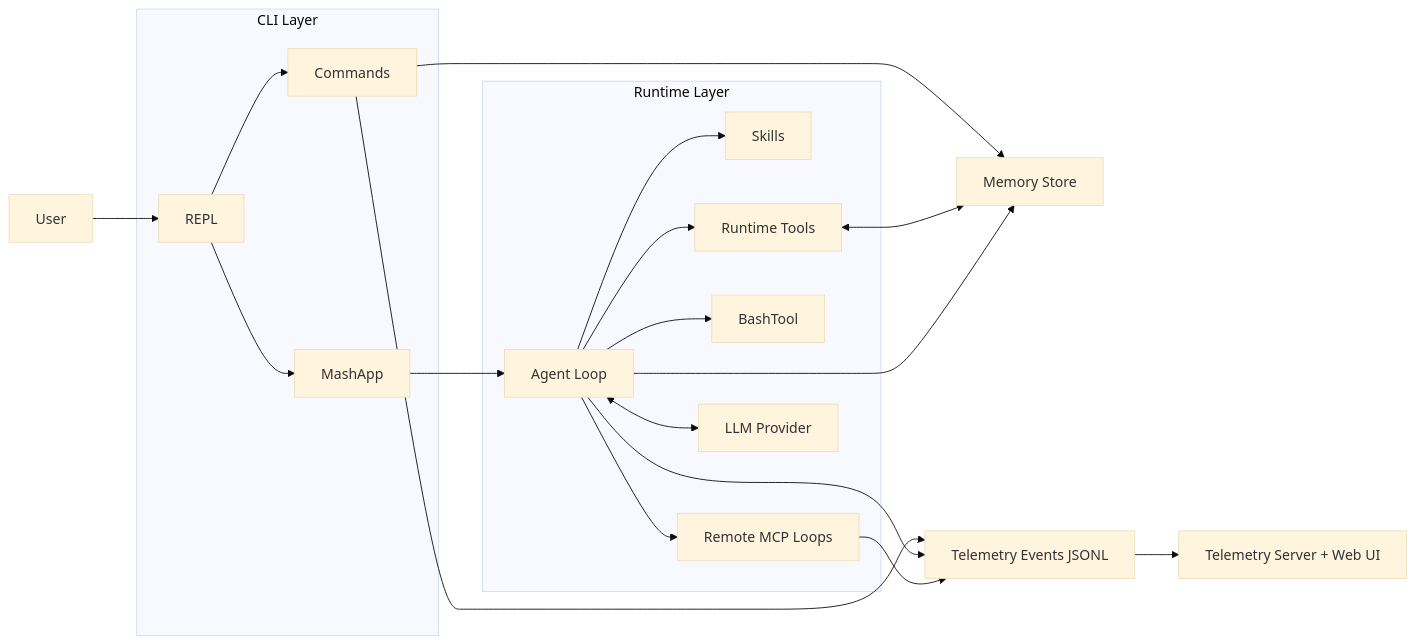
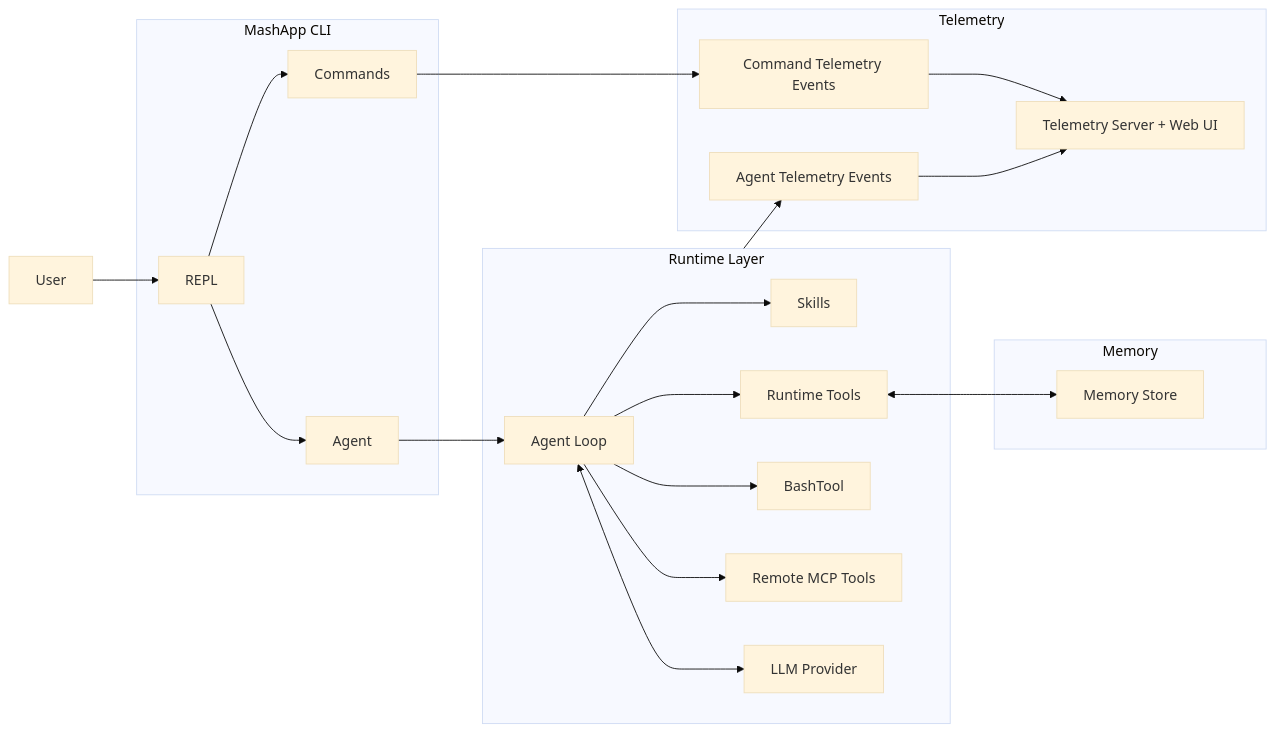
Before and after one commit to imsid/mashpy: the diagram in README.md, drawn with Mermaid (base theme). The commit also changed other lines of this file, not shown here.

````diff
--- a/README.md
+++ b/README.md
@@ -18,44 +18,47 @@
 ```mermaid
 flowchart LR
     U[User]
 
-    subgraph CLI[CLI Layer]
+    subgraph MashApp[MashApp CLI]
         REPL[REPL]
         CMD[Commands]
-        APP[MashApp]
+        AGENT[Agent]
     end
 
     subgraph RUNTIME[Runtime Layer]
         LOOP[Agent Loop]
         SKILLS[Skills]
         RT[Runtime Tools]
         BASH[BashTool]
-        MCP[Remote MCP Loops]
+        MCP[Remote MCP Tools]
         LLM[LLM Provider]
     end
 
-    MEM[Memory Store]
-    LOG[Telemetry Events JSONL]
-    TEL[Telemetry Server + Web UI]
+    subgraph TELEMETRY[Telemetry]
+        LOG[Command Telemetry Events]
+        TEL[Telemetry Server + Web UI]
+        AGENT_LOG[Agent Telemetry Events]
+    end
 
+    subgraph MEMORY[Memory]
+        MEM[Memory Store]
+    end
+    
     U --> REPL
     REPL --> CMD
-    REPL --> APP
+    REPL --> AGENT
 
-    CMD --> MEM
-    CMD --> LOG
-
-    APP --> LOOP
+    AGENT --> LOOP
     LOOP <--> LLM
     LOOP --> SKILLS
     LOOP --> RT
     LOOP --> BASH
     LOOP --> MCP
 
     RT <--> MEM
-    LOOP --> MEM
 
-    LOOP --> LOG
-    MCP --> LOG
+    RUNTIME --> AGENT_LOG
+    CMD --> LOG
     LOG --> TEL
+    AGENT_LOG --> TEL
 ```
````
